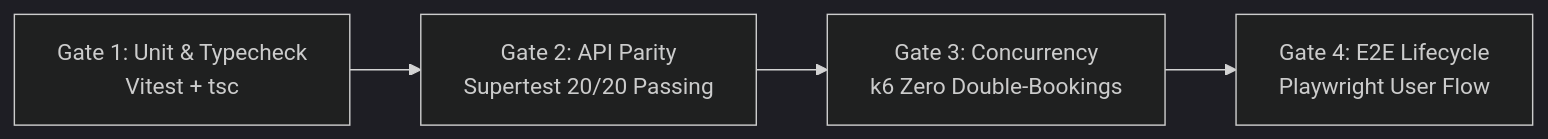
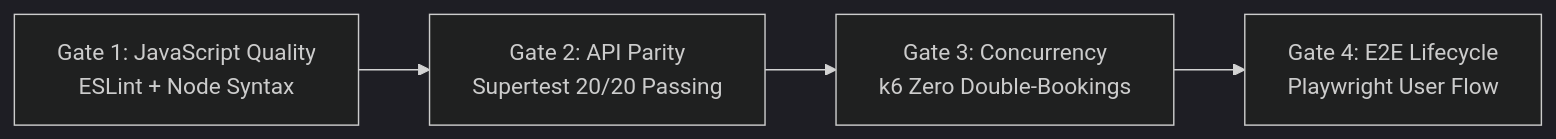
The fourth of 4 diagrams in PRODUCTION_MIGRATION_PLAN.md (aravind5423/CabGo), drawn with Mermaid (dark theme) before and after one commit. The commit also changed other lines of this file and 3 other files, not shown here.

Commit message:
docs: standardize modernization plan on pure modern JavaScript (no TypeScript)

````diff
--- a/PRODUCTION_MIGRATION_PLAN.md
+++ b/PRODUCTION_MIGRATION_PLAN.md
@@ -400,6 +402,6 @@
 ```mermaid
 graph LR
-    G1[Gate 1: Unit & Typecheck<br/>Vitest + tsc] --> G2[Gate 2: API Parity<br/>Supertest 20/20 Passing]
+    G1[Gate 1: JavaScript Quality<br/>ESLint + Node Syntax] --> G2[Gate 2: API Parity<br/>Supertest 20/20 Passing]
     G2 --> G3[Gate 3: Concurrency<br/>k6 Zero Double-Bookings]
     G3 --> G4[Gate 4: E2E Lifecycle<br/>Playwright User Flow]
 ```
````
